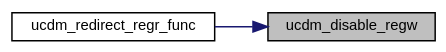
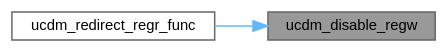
One commit to ebs-universe/piolib-ucdm changed the diagram in ucdm_8h_a2bd2008076de02636acd04189c80e4ff_icgraph.dot. Above: the diagram before and after it, drawn with Graphviz. The commit also changed 365 other files, not shown here.

```diff
--- a/ucdm_8h_a2bd2008076de02636acd04189c80e4ff_icgraph.dot
+++ b/ucdm_8h_a2bd2008076de02636acd04189c80e4ff_icgraph.dot
@@ -1,12 +1,12 @@
 digraph "ucdm_disable_regw"
 {
  // INTERACTIVE_SVG=YES
  // LATEX_PDF_SIZE
   bgcolor="transparent";
-  edge [fontname="Helvetica",fontsize="10",labelfontname="Helvetica",labelfontsize="10"];
-  node [fontname="Helvetica",fontsize="10",shape=record];
+  edge [fontname=Helvetica,fontsize=10,labelfontname=Helvetica,labelfontsize=10];
+  node [fontname=Helvetica,fontsize=10,shape=box,height=0.2,width=0.4];
   rankdir="RL";
-  Node1 [label="ucdm_disable_regw",height=0.2,width=0.4,color="black", fillcolor="grey75", style="filled", fontcolor="black",tooltip="Disable UCDM register write access on a register."];
-  Node1 -> Node2 [dir="back",color="midnightblue",fontsize="10",style="solid",fontname="Helvetica"];
-  Node2 [label="ucdm_redirect_regr_func",height=0.2,width=0.4,color="black",URL="$ucdm_8c.html#a9d111350a23d5fb38c93e67acf1b5451",tooltip="Configure UCDM register read access on this register to redirect to a function pointer."];
+  Node1 [id="Node000001",label="ucdm_disable_regw",height=0.2,width=0.4,color="gray40", fillcolor="grey60", style="filled", fontcolor="black",tooltip="Disable UCDM register write access on a register."];
+  Node1 -> Node2 [id="edge1_Node000001_Node000002",dir="back",color="steelblue1",style="solid",tooltip=" "];
+  Node2 [id="Node000002",label="ucdm_redirect_regr_func",height=0.2,width=0.4,color="grey40", fillcolor="white", style="filled",URL="$ucdm_8c.html#a9d111350a23d5fb38c93e67acf1b5451",tooltip="Configure UCDM register read access on this register to redirect to a function pointer."];
 }
```
